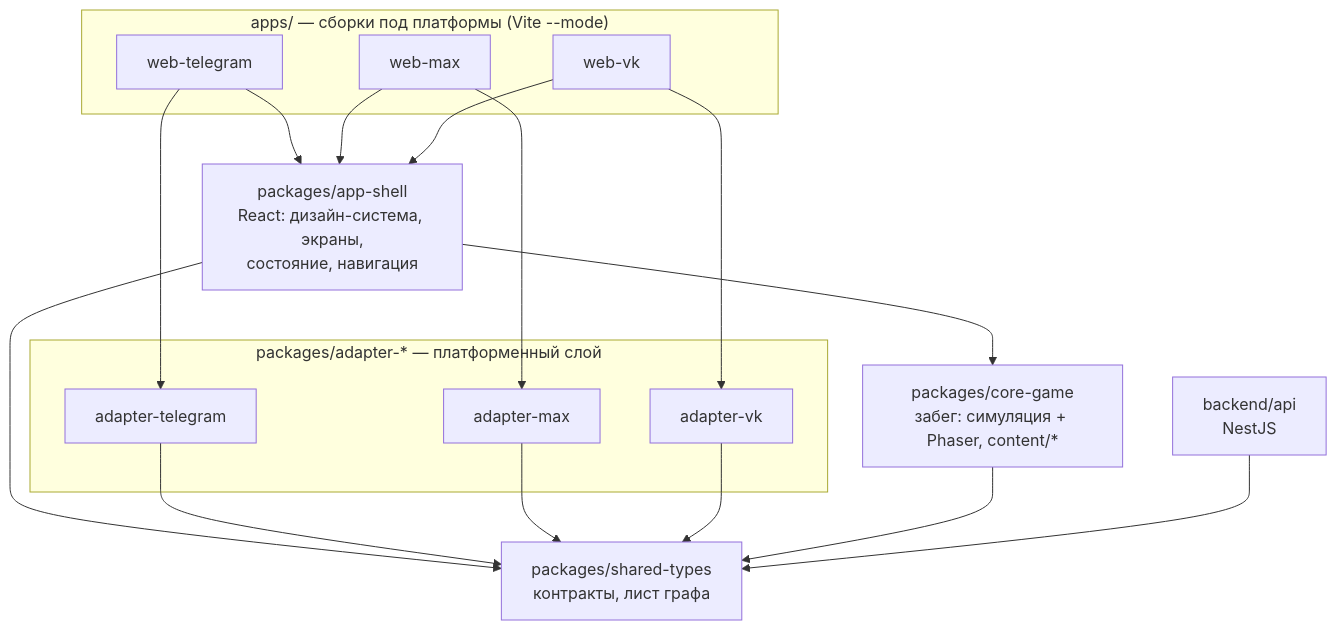
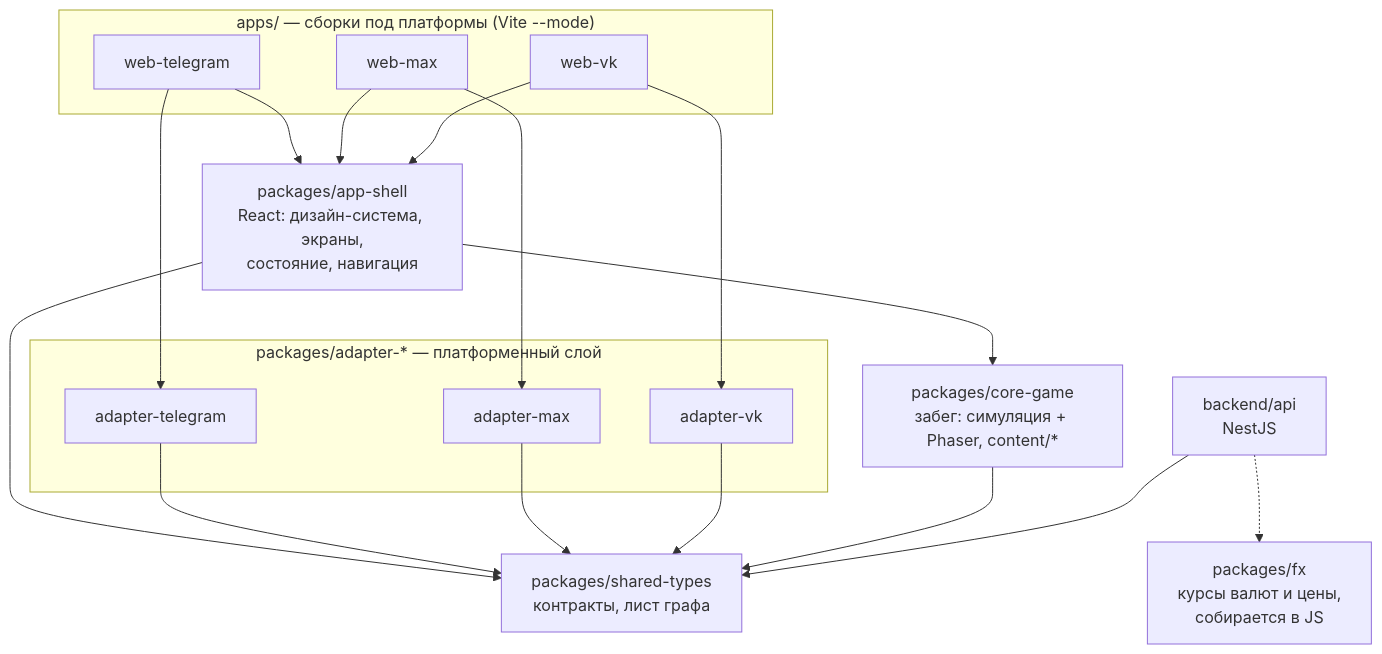
Before and after one commit to JJSGxKD/rubezh: the fifth of 22 diagrams in docs/21-diagrams.md, drawn with Mermaid. The commit also changed other lines of this file and 8 other files, not shown here.

````diff
--- a/docs/21-diagrams.md
+++ b/docs/21-diagrams.md
@@ -523,34 +523,36 @@
 ```mermaid
 flowchart TD
     subgraph apps["apps/ — сборки под платформы (Vite --mode)"]
         WT["web-telegram"]
         WM["web-max"]
         WV["web-vk"]
     end
 
     subgraph adapters["packages/adapter-* — платформенный слой"]
         AT["adapter-telegram"]
         AM["adapter-max"]
         AV["adapter-vk"]
     end
 
     SH["packages/app-shell<br/>React: дизайн-система, экраны,<br/>состояние, навигация"]
     CG["packages/core-game<br/>забег: симуляция + Phaser, content/*"]
     ST["packages/shared-types<br/>контракты, лист графа"]
+    FX["packages/fx<br/>курсы валют и цены,<br/>собирается в JS"]
     API["backend/api<br/>NestJS"]
 
     WT --> SH
     WT --> AT
     WM --> SH
     WM --> AM
     WV --> SH
     WV --> AV
 
     SH --> CG
     SH --> ST
     AT --> ST
     AM --> ST
     AV --> ST
     CG --> ST
     API --> ST
+    API -.-> FX
 ```
````
